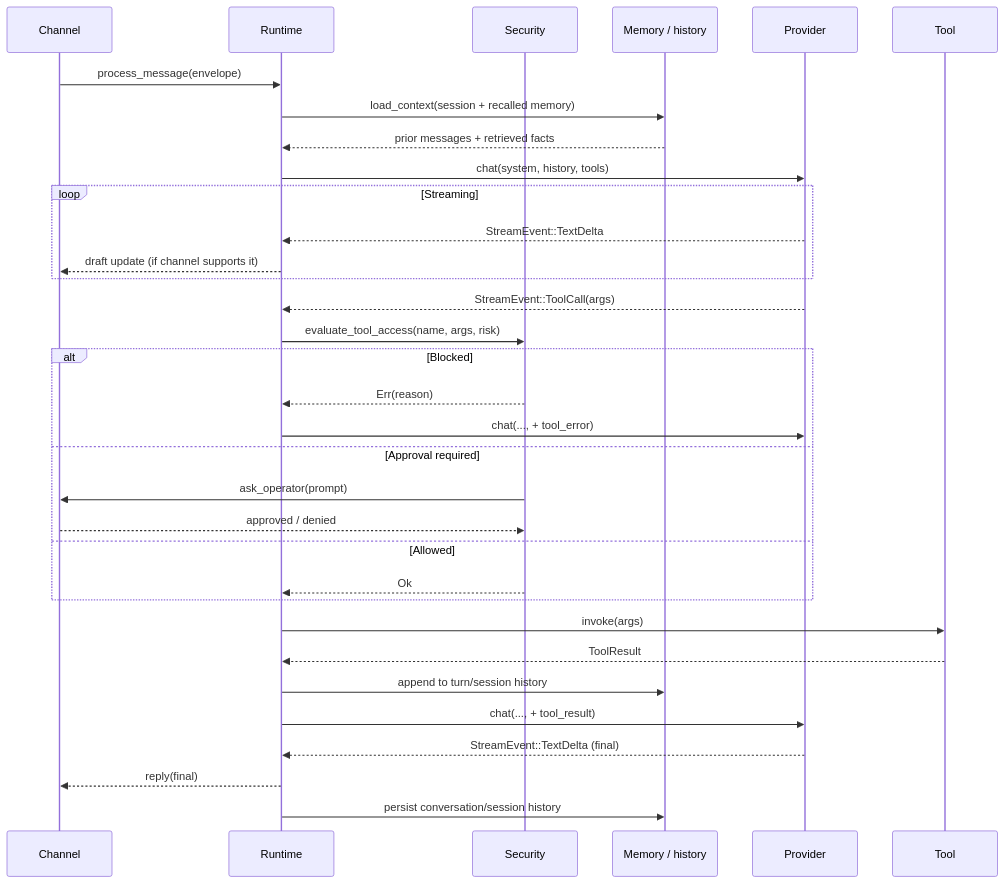
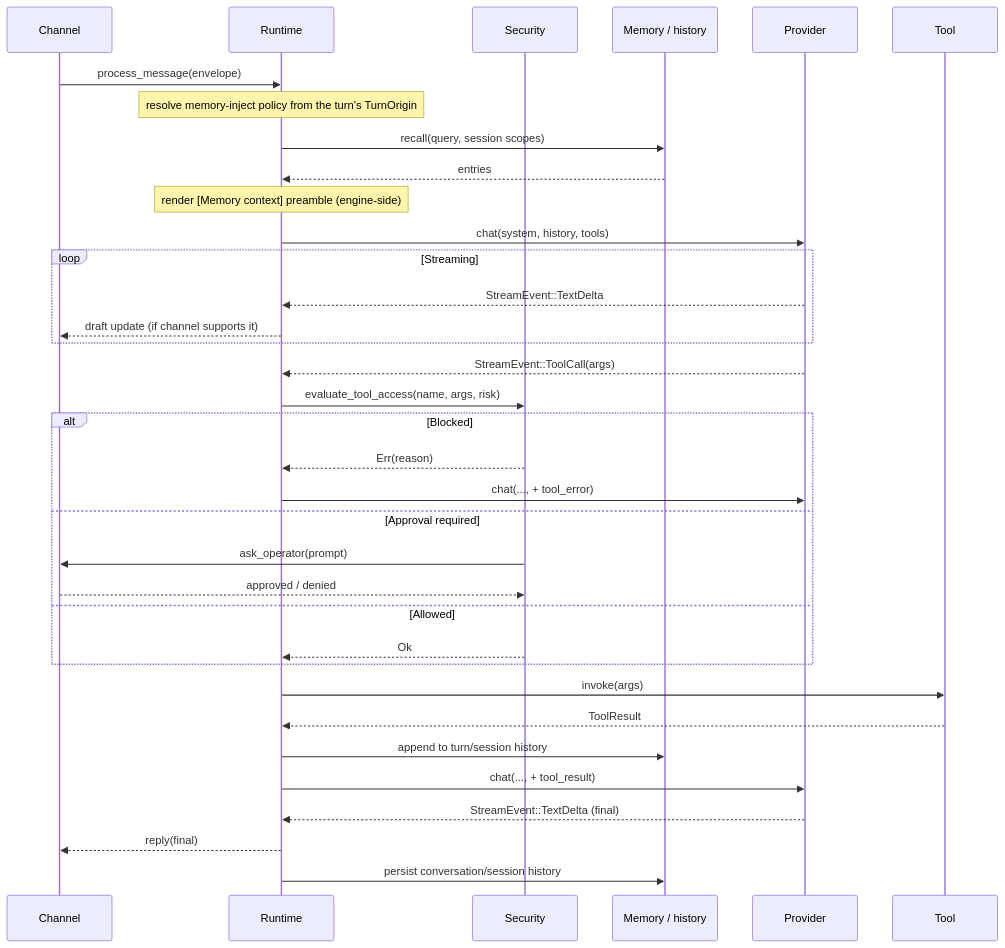
One commit to belumume/zeroclaw changed the second of 2 diagrams in docs/book/src/architecture/request-lifecycle.md. Above: the diagram before and after it, drawn with Mermaid. The commit also changed other lines of this file and 29 other files, not shown here.

First line of the commit message:
feat(runtime): unified memory-context injection keyed on TurnOrigin ingress provenance (#8619)

````diff
--- a/docs/book/src/architecture/request-lifecycle.md
+++ b/docs/book/src/architecture/request-lifecycle.md
@@ -24,36 +24,38 @@
 ```mermaid
 sequenceDiagram
     participant CH as Channel
     participant RT as Runtime
     participant SEC as Security
     participant MEM as Memory / history
     participant PR as Provider
     participant TL as Tool
 
     CH->>RT: process_message(envelope)
-    RT->>MEM: load_context(session + recalled memory)
-    MEM-->>RT: prior messages + retrieved facts
+    Note over RT: resolve memory-inject policy from the turn's TurnOrigin
+    RT->>MEM: recall(query, session scopes)
+    MEM-->>RT: entries
+    Note over RT: render [Memory context] preamble (engine-side)
     RT->>PR: chat(system, history, tools)
     loop Streaming
         PR-->>RT: StreamEvent::TextDelta
         RT-->>CH: draft update (if channel supports it)
     end
     PR-->>RT: StreamEvent::ToolCall(args)
     RT->>SEC: evaluate_tool_access(name, args, risk)
     alt Blocked
         SEC-->>RT: Err(reason)
         RT->>PR: chat(..., + tool_error)
     else Approval required
         SEC->>CH: ask_operator(prompt)
         CH-->>SEC: approved / denied
     else Allowed
         SEC-->>RT: Ok
     end
     RT->>TL: invoke(args)
     TL-->>RT: ToolResult
     RT->>MEM: append to turn/session history
     RT->>PR: chat(..., + tool_result)
     PR-->>RT: StreamEvent::TextDelta (final)
     RT-->>CH: reply(final)
     RT->>MEM: persist conversation/session history
 ```
````
